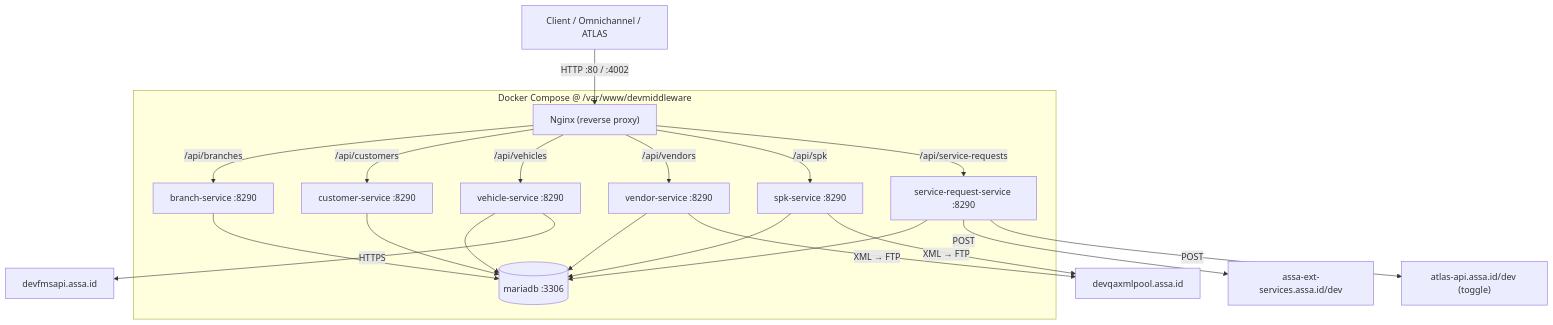
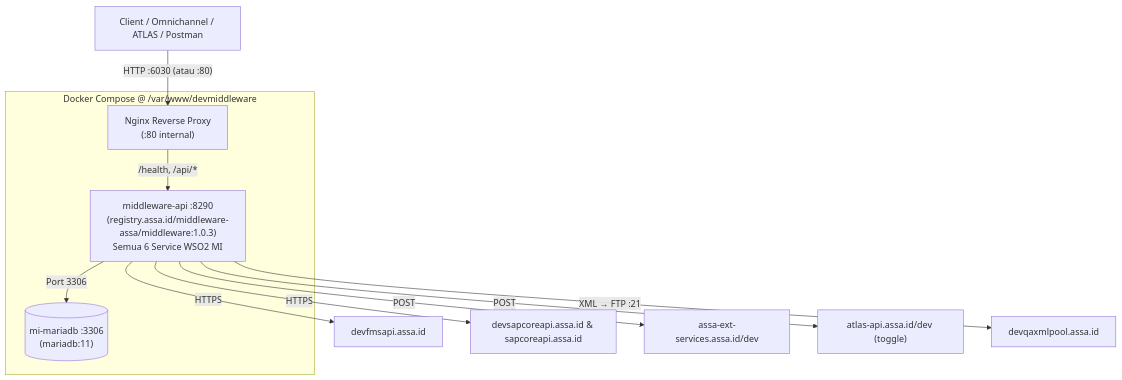
One commit to jovancamorris/middleware-assa-monoRepo changed the diagram in notes/GUIDE_DEPLOY_SERVER_DEV_DOCKER.md. Above: the diagram before and after it, drawn with Mermaid. The commit also changed other lines of this file and 7 other files, not shown here.

Commit message:
feat: add docker deployment setup including compose configuration, nginx proxy, database schema, and guide

````diff
--- a/notes/GUIDE_DEPLOY_SERVER_DEV_DOCKER.md
+++ b/notes/GUIDE_DEPLOY_SERVER_DEV_DOCKER.md
@@ -31,17 +30,13 @@
 ```mermaid
 flowchart TB
-    Client["Client / Omnichannel / ATLAS"] -->|"HTTP :80 / :4002"| NGINX["Nginx (reverse proxy)"]
-    subgraph Compose["Docker Compose @ /var/www/devmiddleware"]
-        NGINX -->|"/api/branches"| BR["branch-service :8290"]
-        NGINX -->|"/api/customers"| CU["customer-service :8290"]
-        NGINX -->|"/api/vehicles"| VE["vehicle-service :8290"]
-        NGINX -->|"/api/vendors"| VN["vendor-service :8290"]
-        NGINX -->|"/api/spk"| SP["spk-service :8290"]
-        NGINX -->|"/api/service-requests"| SR["service-request-service :8290"]
-        BR & CU & VE & VN & SP & SR --> DB[("mariadb :3306")]
+    Client["Client / Omnichannel / ATLAS / Postman"] -->|"HTTP :6030 (atau :80)"| NGINX["Nginx Reverse Proxy\n(:80 internal)"]
+    subgraph DockerCompose["Docker Compose @ /var/www/devmiddleware"]
+        NGINX -->|"/health, /api/*"| MI["middleware-api :8290\n(registry.assa.id/middleware-assa/middleware:1.0.3)\nSemua 6 Service WSO2 MI"]
+        MI -->|"Port 3306"| DB[("mi-mariadb :3306\n(mariadb:11)")]
     end
-    VE -->|HTTPS| FMS["devfmsapi.assa.id"]
-    SR -->|POST| EXT["assa-ext-services.assa.id/dev"]
-    SR -->|POST| ATLAS["atlas-api.assa.id/dev (toggle)"]
-    VN & SP -->|"XML → FTP"| FTP["devqaxmlpool.assa.id"]
+    MI -->|HTTPS| FMS["devfmsapi.assa.id"]
+    MI -->|HTTPS| SAP["devsapcoreapi.assa.id & sapcoreapi.assa.id"]
+    MI -->|POST| EXT["assa-ext-services.assa.id/dev"]
+    MI -->|POST| ATLAS["atlas-api.assa.id/dev (toggle)"]
+    MI -->|"XML → FTP :21"| FTP["devqaxmlpool.assa.id"]
 ```
````
